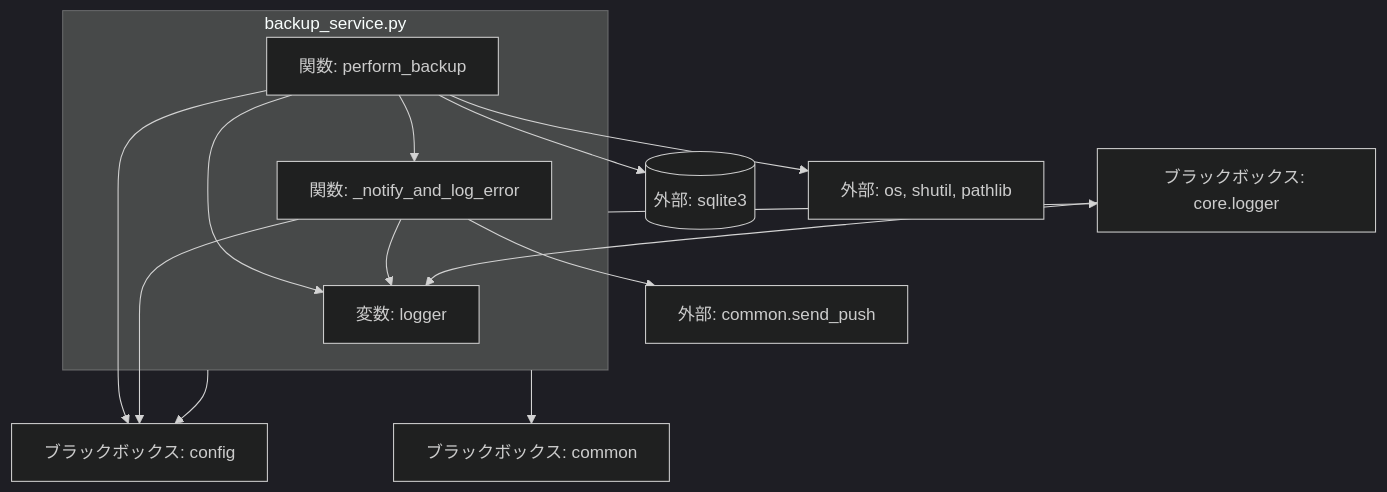
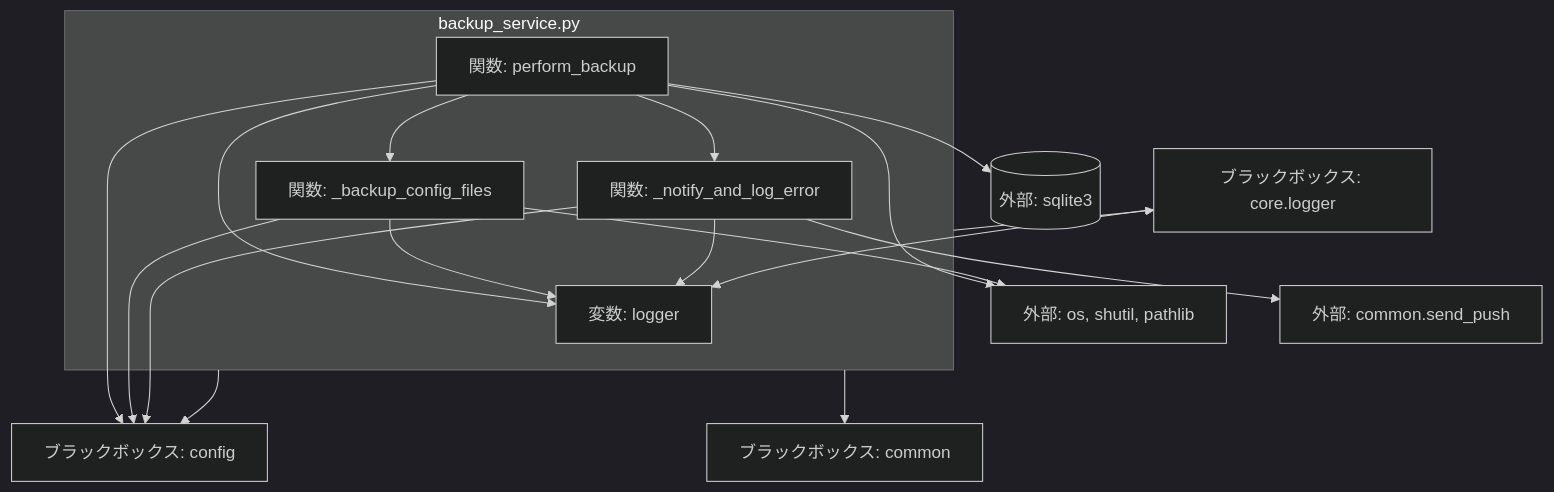
One commit to mmtigers/my_python_project changed the second of 2 diagrams in docs/specifications/MY_HOME_SYSTEM/backup_service.md. Above: the diagram before and after it, drawn with Mermaid (dark theme). The commit also changed other lines of this file and 2 other files, not shown here.

First line of the commit message:
fix(backup): config.BACKUP_FILESに列挙された設定ファイルを実際にバックアップ対象にする (#113)

````diff
--- a/docs/specifications/MY_HOME_SYSTEM/backup_service.md
+++ b/docs/specifications/MY_HOME_SYSTEM/backup_service.md
@@ -149,25 +174,31 @@
 ```mermaid
 graph TD
   backup_service.py --> config[ブラックボックス: config]
   backup_service.py --> core.logger[ブラックボックス: core.logger]
   backup_service.py --> common[ブラックボックス: common]
 
   subgraph backup_service.py
     logger[変数: logger]
     perform_backup[関数: perform_backup]
+    _backup_config_files[関数: _backup_config_files]
     _notify_and_log_error[関数: _notify_and_log_error]
   end
 
   perform_backup --> config
   perform_backup --> logger
+  perform_backup --> _backup_config_files
   perform_backup --> _notify_and_log_error
   perform_backup --> SQLite[(外部: sqlite3)]
   perform_backup --> OS[外部: os, shutil, pathlib]
+
+  _backup_config_files --> config
+  _backup_config_files --> logger
+  _backup_config_files --> OS
 
   _notify_and_log_error --> logger
   _notify_and_log_error --> send_push[外部: common.send_push]
   _notify_and_log_error --> config
 
   core.logger --> logger
 
 ```
````
